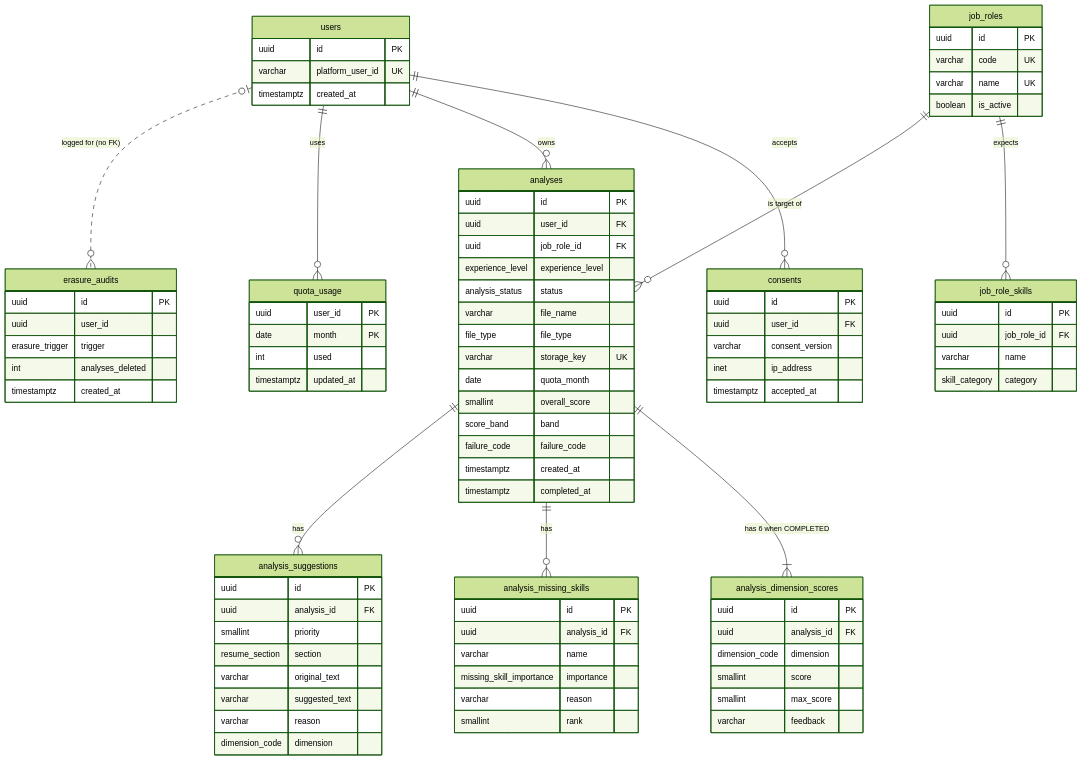
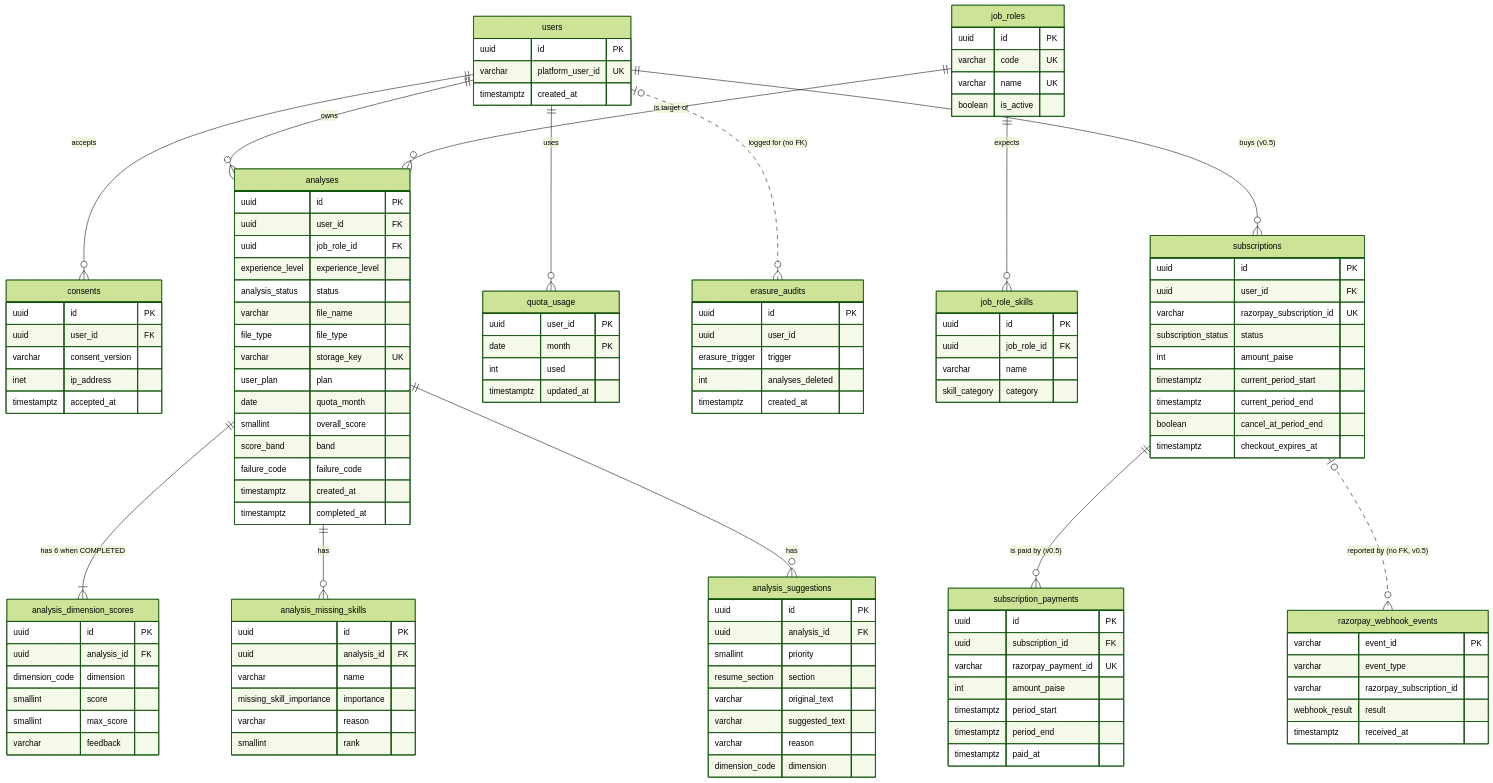
One commit to divii-school/spec-homework changed diagram 13 of 13 in pratiksha/spec.md. Above: the diagram before and after it, drawn with Mermaid (forest theme). The commit also changed other lines of this file and 1 other file, not shown here.

Commit message:
round 2: update architecture, DB, API, traceability and change log for Resume Pro (v0.5)

````diff
--- a/pratiksha/spec.md
+++ b/pratiksha/spec.md
@@ -1332,6 +1532,9 @@
   analyses ||--|{ analysis_dimension_scores : "has 6 when COMPLETED"
   analyses ||--o{ analysis_missing_skills : "has"
   analyses ||--o{ analysis_suggestions : "has"
+  users ||--o{ subscriptions : "buys (v0.5)"
+  subscriptions ||--o{ subscription_payments : "is paid by (v0.5)"
+  subscriptions |o..o{ razorpay_webhook_events : "reported by (no FK, v0.5)"
 
   users {
     uuid id PK
@@ -1372,6 +1575,7 @@
     varchar file_name
     file_type file_type
     varchar storage_key UK
+    user_plan plan
     date quota_month
     smallint overall_score
     score_band band
@@ -1412,4 +1616,31 @@
     int analyses_deleted
     timestamptz created_at
   }
+  subscriptions {
+    uuid id PK
+    uuid user_id FK
+    varchar razorpay_subscription_id UK
+    subscription_status status
+    int amount_paise
+    timestamptz current_period_start
+    timestamptz current_period_end
+    boolean cancel_at_period_end
+    timestamptz checkout_expires_at
+  }
+  subscription_payments {
+    uuid id PK
+    uuid subscription_id FK
+    varchar razorpay_payment_id UK
+    int amount_paise
+    timestamptz period_start
+    timestamptz period_end
+    timestamptz paid_at
+  }
+  razorpay_webhook_events {
+    varchar event_id PK
+    varchar event_type
+    varchar razorpay_subscription_id
+    webhook_result result
+    timestamptz received_at
+  }
 ```
````
